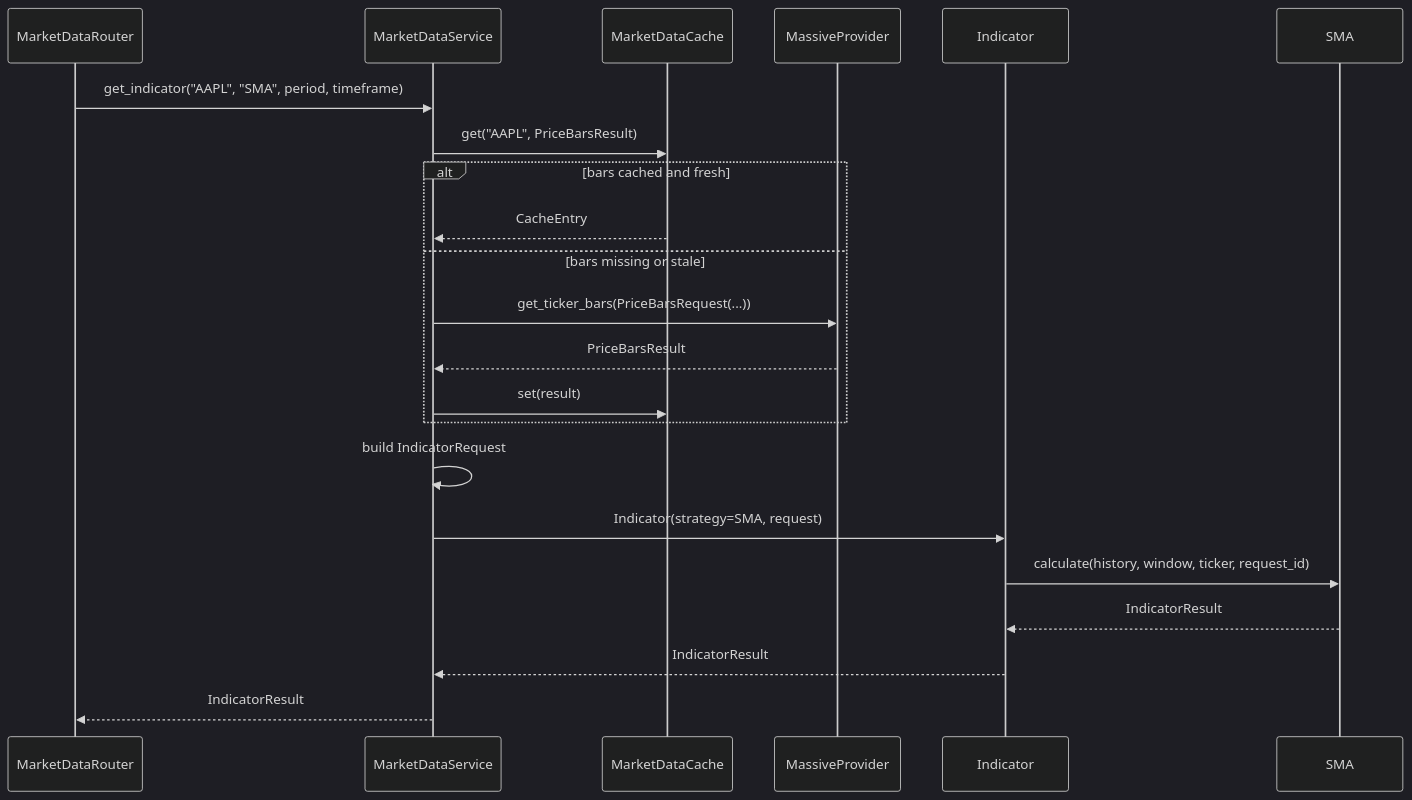
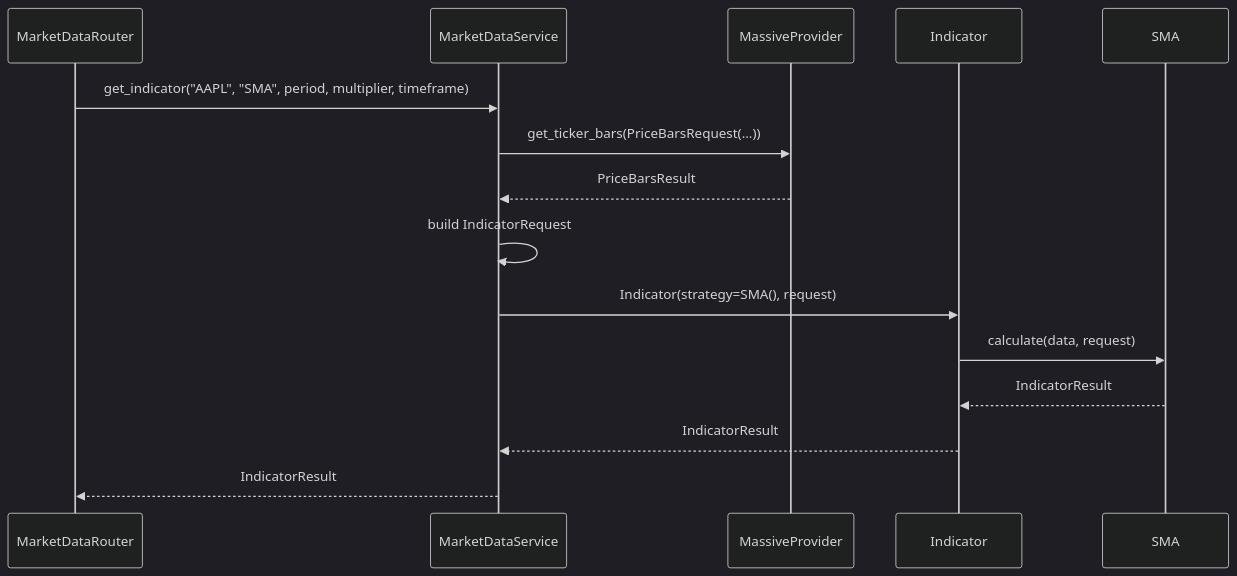
The third of 3 diagrams in docs/design/MARKET_DATA_DESIGN.md (DylanLiesenfelt/StonksAPI), drawn with Mermaid (dark theme) before and after one commit. The commit also changed other lines of this file and 22 other files, not shown here.

First line of the commit message:
Create MarketDataService

````diff
--- a/docs/design/MARKET_DATA_DESIGN.md
+++ b/docs/design/MARKET_DATA_DESIGN.md
@@ -275,25 +233,18 @@
 ```mermaid
 sequenceDiagram
     participant R as MarketDataRouter
     participant Svc as MarketDataService
-    participant Cache as MarketDataCache
     participant P as MassiveProvider
     participant Ind as Indicator
     participant Strat as SMA
 
-    R->>Svc: get_indicator("AAPL", "SMA", period, timeframe)
-    Svc->>Cache: get("AAPL", PriceBarsResult)
-    alt bars cached and fresh
-        Cache-->>Svc: CacheEntry
-    else bars missing or stale
-        Svc->>P: get_ticker_bars(PriceBarsRequest(...))
-        P-->>Svc: PriceBarsResult
-        Svc->>Cache: set(result)
-    end
+    R->>Svc: get_indicator("AAPL", "SMA", period, multiplier, timeframe)
+    Svc->>P: get_ticker_bars(PriceBarsRequest(...))
+    P-->>Svc: PriceBarsResult
     Svc->>Svc: build IndicatorRequest
-    Svc->>Ind: Indicator(strategy=SMA, request)
-    Ind->>Strat: calculate(history, window, ticker, request_id)
+    Svc->>Ind: Indicator(strategy=SMA(), request)
+    Ind->>Strat: calculate(data, request)
     Strat-->>Ind: IndicatorResult
     Ind-->>Svc: IndicatorResult
     Svc-->>R: IndicatorResult
 ```
````
